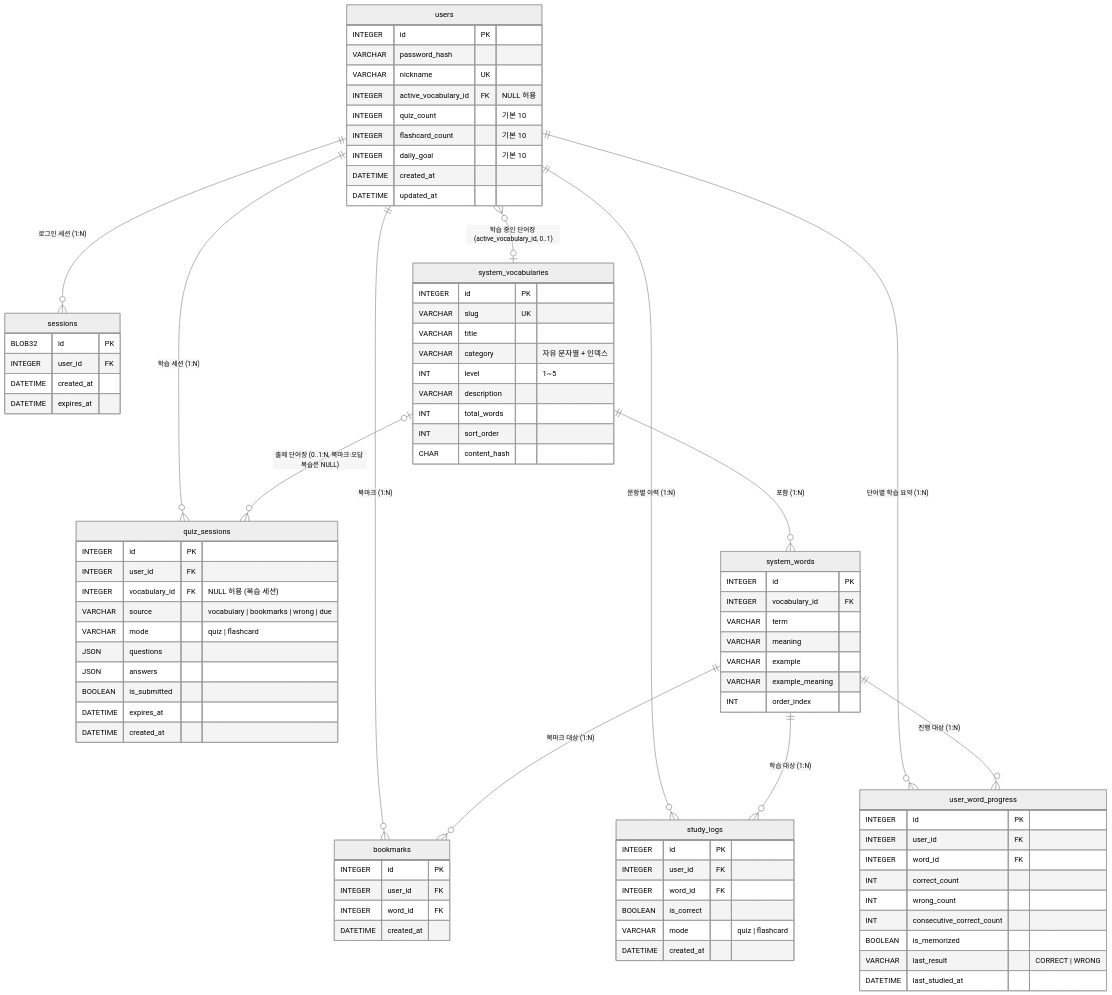
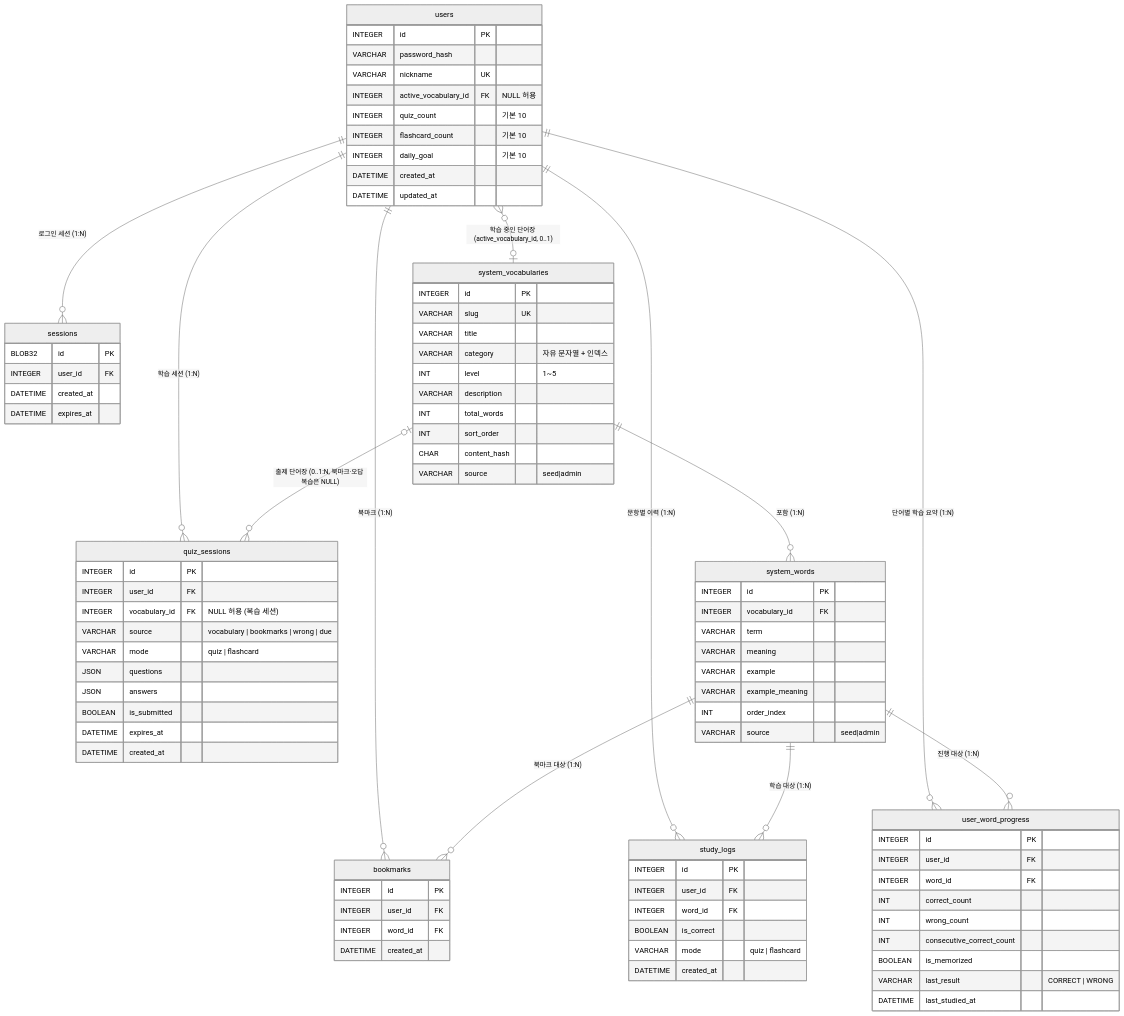
Before and after one commit to fort4/voda-voca: the diagram in docs/voda-voca_Data_Design_v3.0_261125.md, drawn with Mermaid (neutral theme). The commit also changed other lines of this file and 9 other files, not shown here.

```diff
--- a/docs/voda-voca_Data_Design_v3.0_261125.md
+++ b/docs/voda-voca_Data_Design_v3.0_261125.md
@@ -63,6 +63,7 @@
         INT total_words
         INT sort_order
         CHAR content_hash
+        VARCHAR source "seed|admin"
     }
     system_words {
         INTEGER id PK
@@ -72,6 +73,7 @@
         VARCHAR example
         VARCHAR example_meaning
         INT order_index
+        VARCHAR source "seed|admin"
     }
     user_word_progress {
         INTEGER id PK
```
